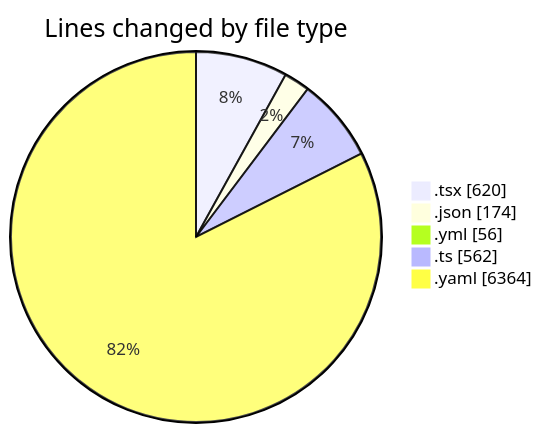
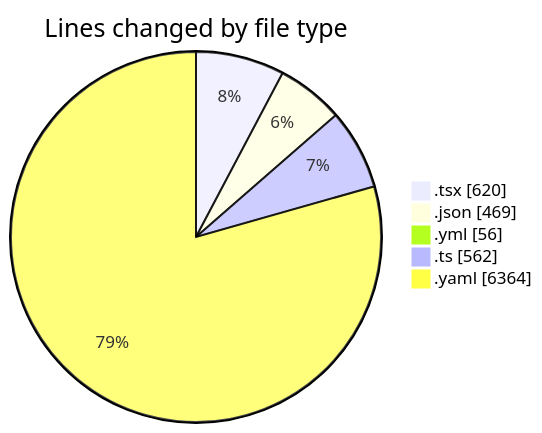
Before and after one commit to julien-gomy/code-tracking: the first of 2 diagrams in 2025-11-27/eventscop-frontend-guide__workspace_/README.md, drawn with Mermaid. The commit also changed other lines of this file and 1 other file, not shown here.

````diff
--- a/2025-11-27/eventscop-frontend-guide__workspace_/README.md
+++ b/2025-11-27/eventscop-frontend-guide__workspace_/README.md
@@ -37,9 +38,9 @@
 ```mermaid
 pie showData
 title Lines changed by file type
 ".tsx" : 620
-".json" : 174
+".json" : 469
 ".yml" : 56
 ".ts" : 562
 ".yaml" : 6364
 ```
````
